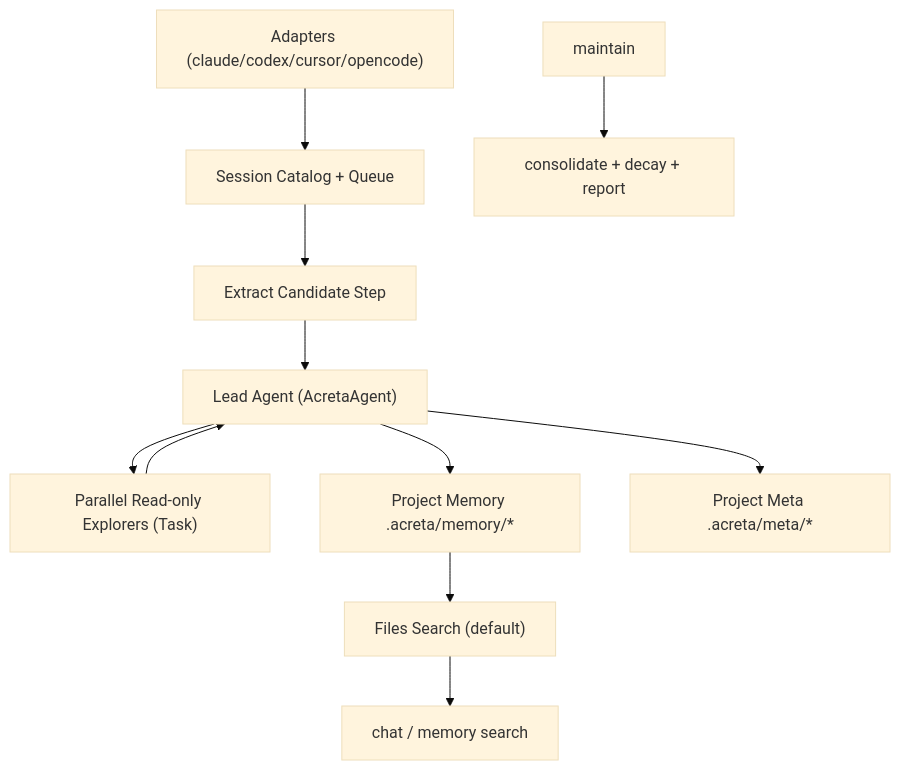
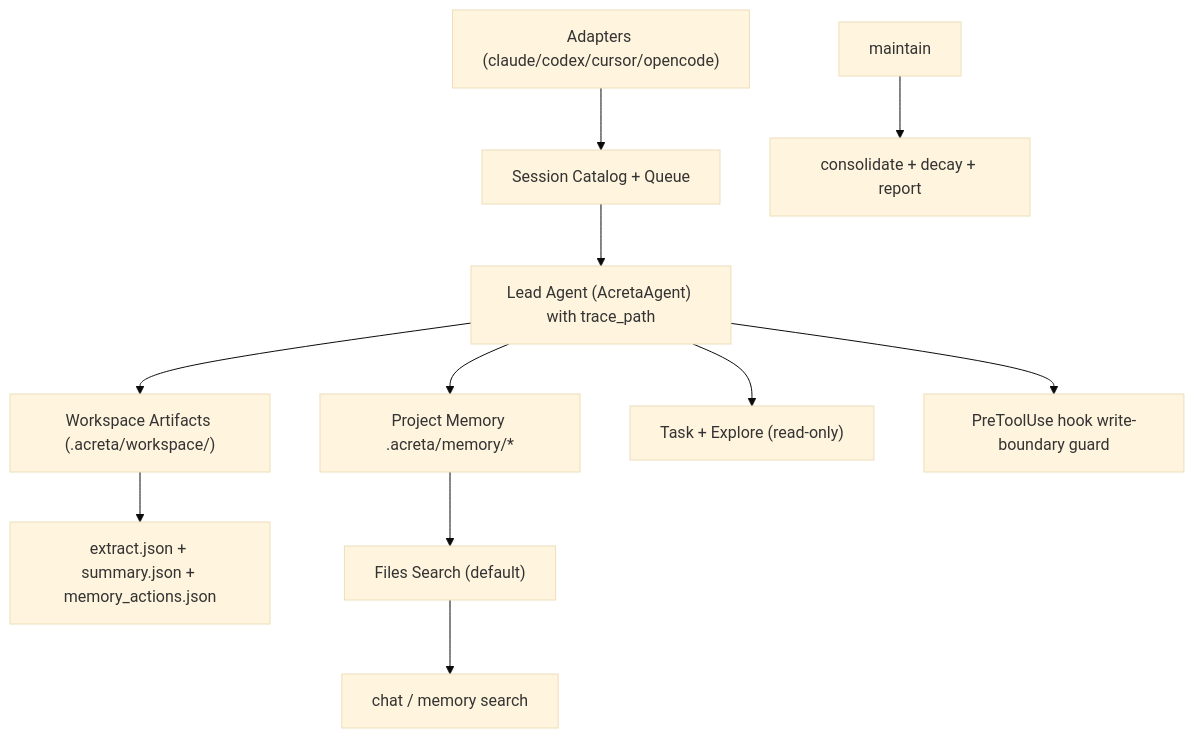
Before and after one commit to kargarisaac/acreta: the diagram in docs/architecture.md, drawn with Mermaid (base theme). The commit also changed other lines of this file and 5 other files, not shown here.

Commit message:
docs: describe agent-led workspace flow

````diff
--- a/docs/architecture.md
+++ b/docs/architecture.md
@@ -27,16 +27,15 @@
 ```mermaid
 flowchart TD
     A["Adapters (claude/codex/cursor/opencode)"] --> B["Session Catalog + Queue"]
-    B --> C["Extract Candidate Step"]
-    C --> D["Lead Agent (AcretaAgent)"]
-    D --> E["Parallel Read-only Explorers (Task)"]
-    E --> D
-
-    D --> F["Project Memory .acreta/memory/*"]
-    D --> G["Project Meta .acreta/meta/*"]
+    B --> C["Lead Agent (AcretaAgent) with trace_path"]
+    C --> D["Workspace Artifacts (.acreta/workspace/<run_id>)"]
+    D --> E["extract.json + summary.json + memory_actions.json"]
+    C --> F["Project Memory .acreta/memory/*"]
+    C --> O["Task + Explore (read-only)"]
+    C --> P["PreToolUse hook write-boundary guard"]
 
     F --> H["Files Search (default)"]
     H --> L["chat / memory search"]
 
     M["maintain"] --> N["consolidate + decay + report"]
 ```
````
